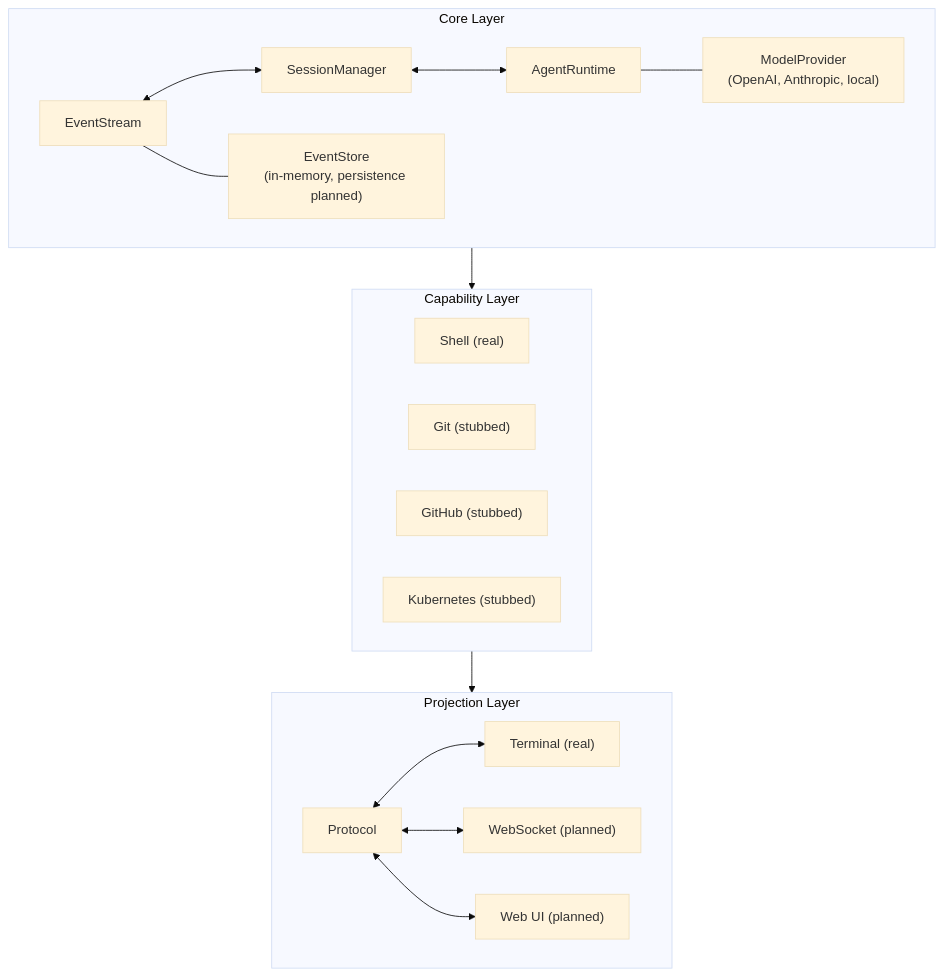
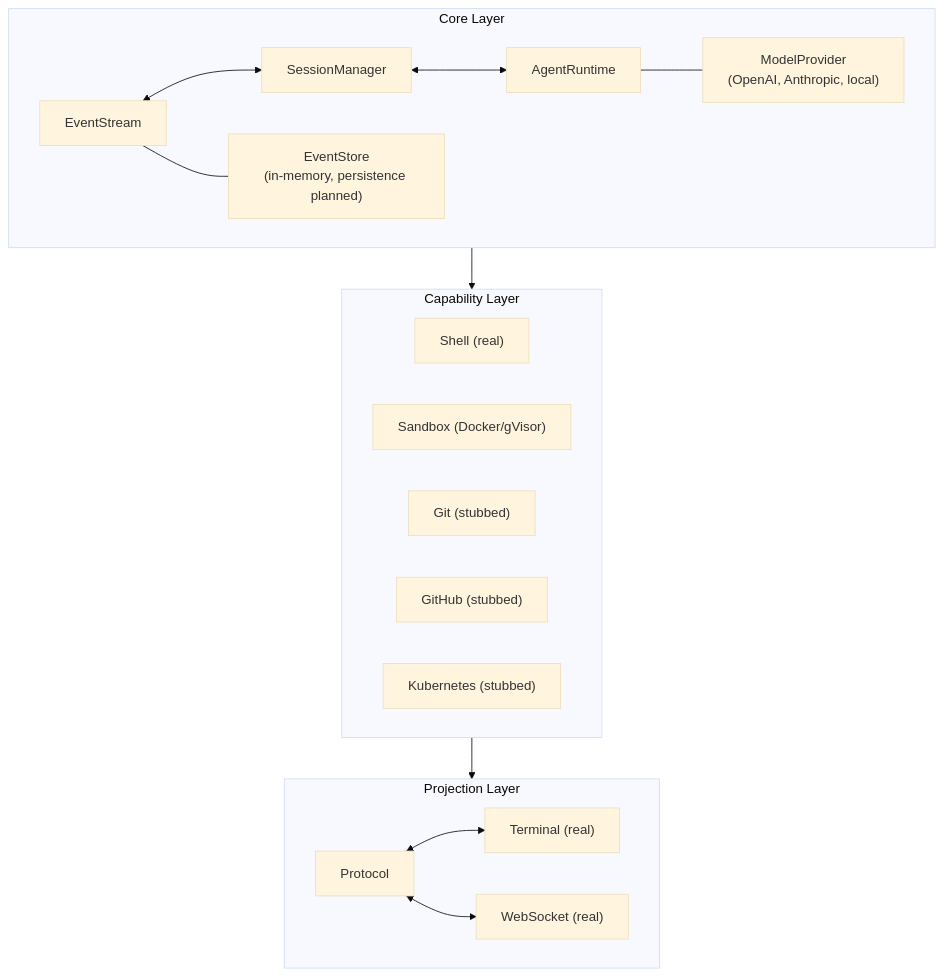
Before and after one commit to allentv/kayak-lab: the first of 2 diagrams in docs/architecture.md, drawn with Mermaid (base theme). The commit also changed other lines of this file and 2 other files, not shown here.

First line of the commit message:
docs: update capabilities, architecture, and changelog

````diff
--- a/docs/architecture.md
+++ b/docs/architecture.md
@@ -5,29 +5,28 @@
 ```mermaid
 graph TB
     subgraph Core["Core Layer"]
         ES["EventStream"] <--> SM["SessionManager"]
         SM <--> AR["AgentRuntime"]
         ES --- ESTORE["EventStore<br/>(in-memory, persistence planned)"]
         AR --- MP["ModelProvider<br/>(OpenAI, Anthropic, local)"]
     end
 
     subgraph Capabilities["Capability Layer"]
         Shell["Shell (real)"]
+        Sandbox["Sandbox (Docker/gVisor)"]
         Git["Git (stubbed)"]
         GitHub["GitHub (stubbed)"]
         K8s["Kubernetes (stubbed)"]
     end
 
     subgraph Projections["Projection Layer"]
         Protocol["Protocol"]
         Terminal["Terminal (real)"]
-        WebSocket["WebSocket (planned)"]
-        WebUI["Web UI (planned)"]
+        WebSocket["WebSocket (real)"]
         Protocol <--> Terminal
         Protocol <--> WebSocket
-        Protocol <--> WebUI
     end
 
     Core --> Capabilities
     Capabilities --> Projections
 ```
````
